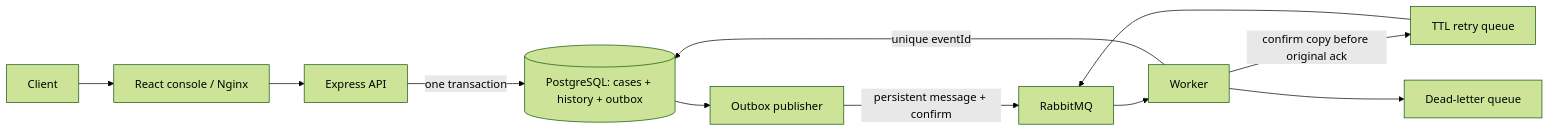
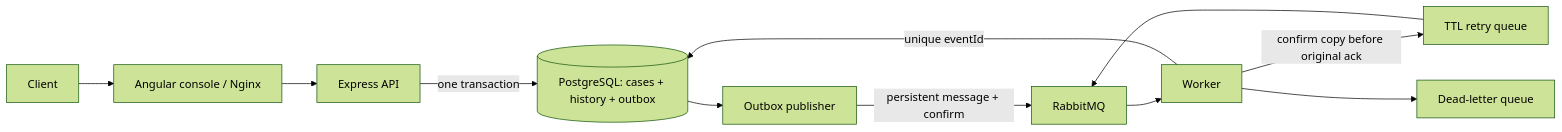
Before and after one commit to willfragoso/carequeue: the diagram in README.md, drawn with Mermaid (forest theme). The commit also changed other lines of this file and 51 other files, not shown here.

First line of the commit message:
feat: migrate frontend from React to Angular

````diff
--- a/README.md
+++ b/README.md
@@ -52,13 +52,13 @@
 ```mermaid
 flowchart LR
-  Client --> Frontend[React console / Nginx]
+  Client --> Frontend[Angular console / Nginx]
   Frontend --> API[Express API]
   API -->|one transaction| DB[(PostgreSQL: cases + history + outbox)]
   DB --> Relay[Outbox publisher]
   Relay -->|persistent message + confirm| MQ[RabbitMQ]
   MQ --> Worker
   Worker -->|unique eventId| DB
   Worker -->|confirm copy before original ack| Retry[TTL retry queue]
   Retry --> MQ
   Worker --> DLQ[Dead-letter queue]
 ```
````
